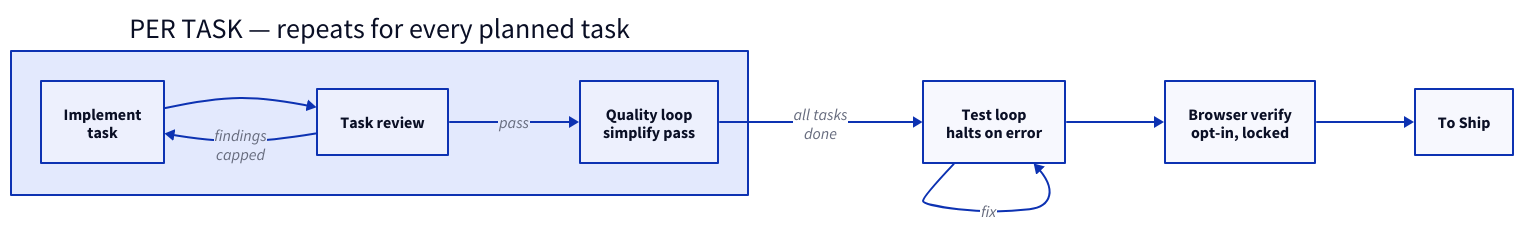
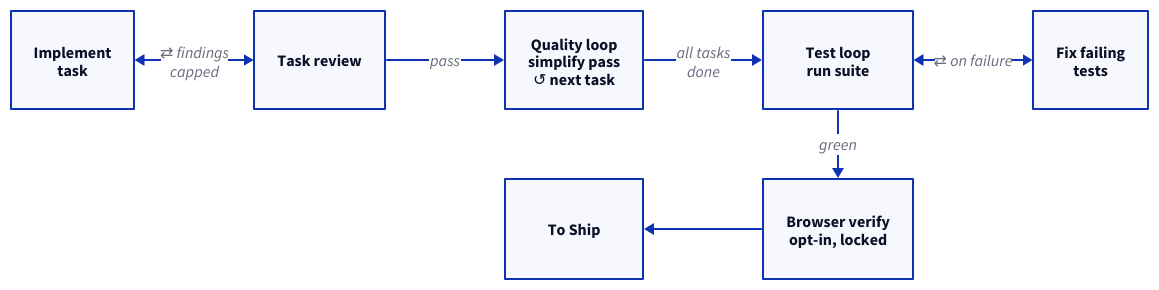
The diagram in docs/diagrams/phase-build.d2 (aaddrick/ticketmill), drawn with D2 before and after one commit. The commit also changed 22 other files, not shown here.

```diff
--- a/docs/diagrams/phase-build.d2
+++ b/docs/diagrams/phase-build.d2
@@ -1,29 +1,50 @@
-# Build phase, per issue. The test loop halts the issue on error rather than
-# skipping verification.
+# Build phase, per issue. Test loop halts the issue on error.
+#
+# GRID SNAKE. Reading order is boustrophedon: row 1 left-to-right, then the
+# flow drops straight down the LAST column and the next row reads back
+# right-to-left.
+#
+# Why a grid and not a layout engine: neither bundled engine can wrap a long
+# chain into rows. d2 does not expose ELK's `wrapping.strategy`, and a
+# `direction` set on a container is ignored by both dagre and ELK. Grid
+# placement is the only way to fold a chain, and it fills row-major over the
+# declaration order below.
+#
+# THE DIAGONAL RULE: grid connections are center-to-center straight segments
+# with no path-finding. An edge is orthogonal only if its two cells share a row
+# or a column, and only if they are neighbours -- an edge spanning two cells in
+# a row draws straight THROUGH the cell between them. Everything else is a
+# diagonal. Place nodes so every edge joins neighbours.
+#
+# Grid columns share a width, so one wide cell widens its whole column.
+#
+# Spacer cells (`sp*`) are invisible padding that push the wrap into the right
+# column. They are load-bearing -- deleting one reflows the entire grid.
 
-direction: right
+grid-rows: 2
+grid-columns: 5
+horizontal-gap: 120
+vertical-gap: 70
 
-# The container repeats once per planned task. That repetition is stated in
-# the container label rather than drawn as a quality -> implement edge: the
-# third edge closes a 3-cycle, and the layout engine then orders the whole
-# group right-to-left because no node is an unambiguous entry point.
-tasks: "PER TASK — repeats for every planned task" {
-  class: phase
+# row 1, left to right. The first three cells repeat once per planned task.
+# That repetition rides in the quality-loop label rather than a quality ->
+# implement edge, which would span two cells and draw a line straight through
+# the task-review box.
+im: "Implement\ntask" { class: stage }
+tr: "Task review" { class: gate }
+ql: "Quality loop\nsimplify pass\n↺ next task" { class: stage }
+tl: "Test loop\nrun suite" { class: gate }
+tf: "Fix failing\ntests" { class: stage }
+# row 2
+sp1: "" { style.opacity: 0 }
+sp2: "" { style.opacity: 0 }
+out: "To Ship" { class: terminal }
+bw: "Browser verify\nopt-in, locked" { class: optional }
+sp3: "" { style.opacity: 0 }
 
-  im: "Implement\ntask" { class: stage }
-  tr: "Task review" { class: gate }
-  ql: "Quality loop\nsimplify pass" { class: stage }
-
-  im -> tr: { class: flow }
-  tr -> im: "findings\ncapped" { class: loop }
-  tr -> ql: "pass" { class: flow }
-}
-
-tl: "Test loop\nhalts on error" { class: gate }
-bw: "Browser verify\nopt-in, locked" { class: optional }
-out: "To Ship" { class: terminal }
-
-tasks.ql -> tl: "all tasks\ndone" { class: flow }
-tl -> tl: "fix" { class: loop }
-tl -> bw: { class: flow }
+im <-> tr: "⇄ findings\ncapped" { class: loop }
+tr -> ql: "pass" { class: flow }
+ql -> tl: "all tasks\ndone" { class: flow }
+tl <-> tf: "⇄ on failure" { class: loop }
+tl -> bw: "green" { class: flow }
 bw -> out: { class: flow }
```
